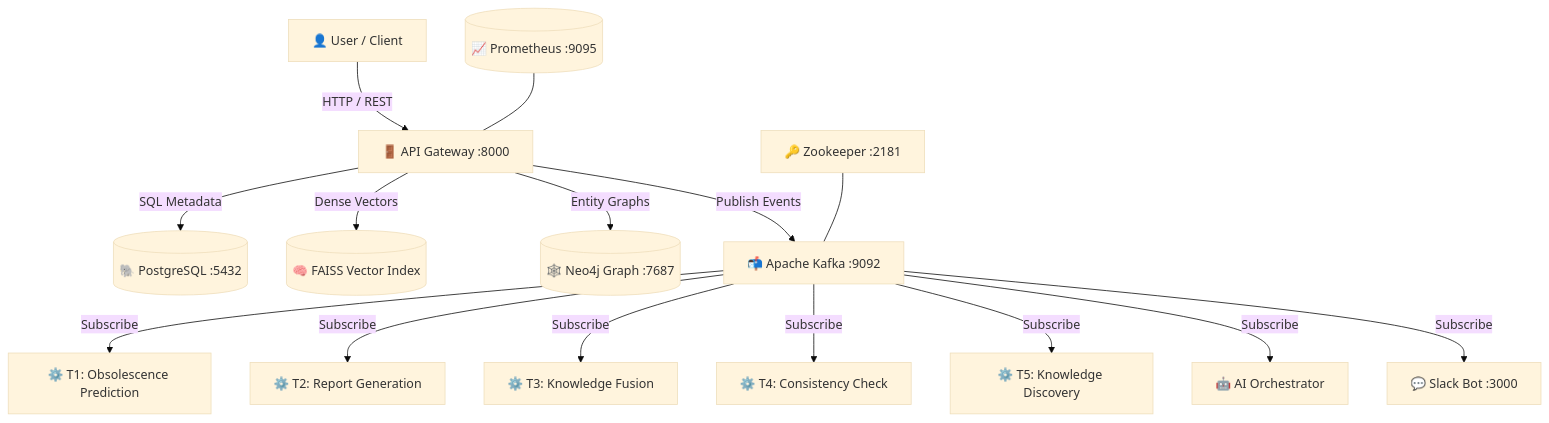
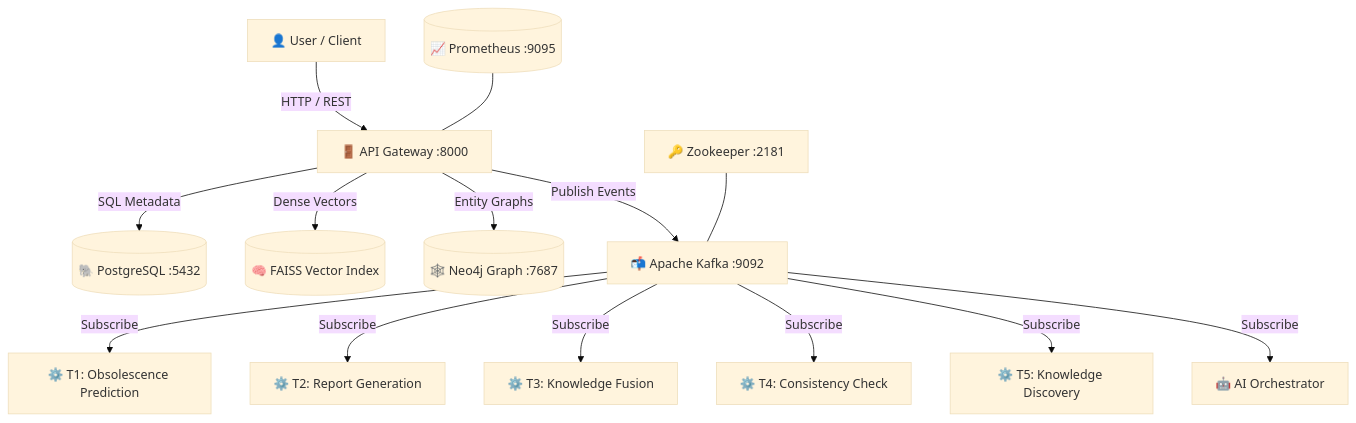
The second of 2 diagrams in docs/results/1_week1_system_deployment_and_validation_report.md (akram-dris/evo-know), drawn with Mermaid (base theme) before and after one commit. The commit also changed other lines of this file and 2 other files, not shown here.

````diff
--- a/docs/results/1_week1_system_deployment_and_validation_report.md
+++ b/docs/results/1_week1_system_deployment_and_validation_report.md
@@ -77,19 +76,18 @@
 ```mermaid
 graph TD
     User[👤 User / Client] -->|HTTP / REST| AG[🚪 API Gateway :8000]
     AG -->|SQL Metadata| PG[(🐘 PostgreSQL :5432)]
     AG -->|Dense Vectors| FAISS[(🧠 FAISS Vector Index)]
     AG -->|Entity Graphs| NEO[(🕸️ Neo4j Graph :7687)]
     AG -->|Publish Events| KAF[📬 Apache Kafka :9092]
     
     KAF -->|Subscribe| T1[⚙️ T1: Obsolescence Prediction]
     KAF -->|Subscribe| T2[⚙️ T2: Report Generation]
     KAF -->|Subscribe| T3[⚙️ T3: Knowledge Fusion]
     KAF -->|Subscribe| T4[⚙️ T4: Consistency Check]
     KAF -->|Subscribe| T5[⚙️ T5: Knowledge Discovery]
     KAF -->|Subscribe| ORCH[🤖 AI Orchestrator]
-    KAF -->|Subscribe| SLACK[💬 Slack Bot :3000]
     
     ZK[🔑 Zookeeper :2181] --- KAF
     PROM[(📈 Prometheus :9095)] --- AG
 ```
````
